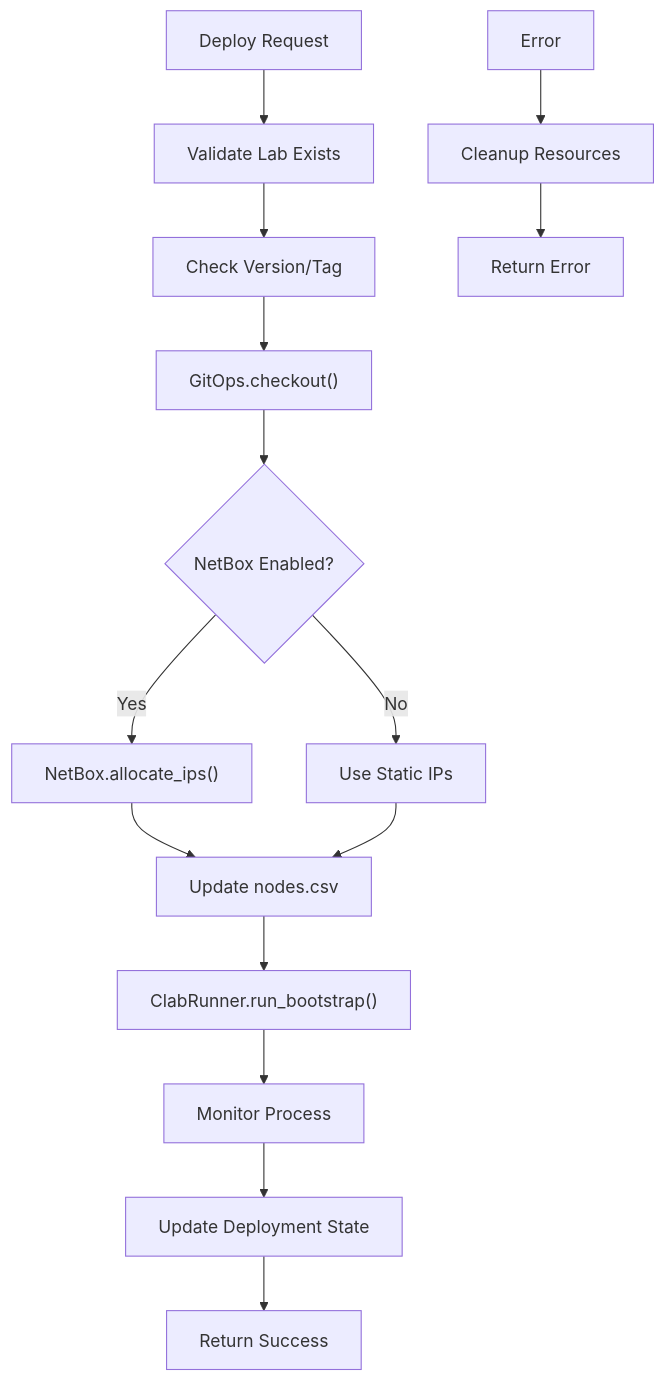
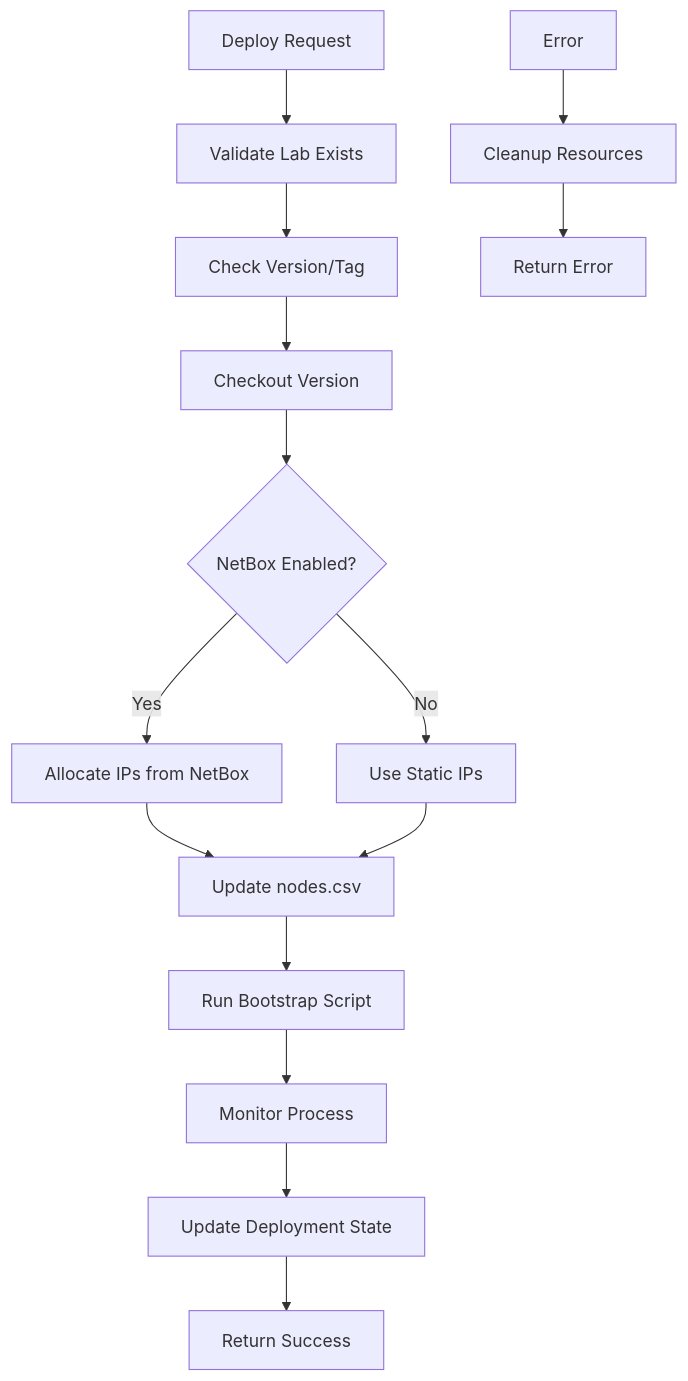
One commit to marccolburn/homelab_manager changed the eighth of 10 diagrams in docs/project_architecture.md. Above: the diagram before and after it, drawn with Mermaid. The commit also changed other lines of this file, not shown here.

Commit message:
Fix mermaid diagrams by removing method notation
- Replace GitOps.clone() with 'Clone Repository'
- Replace GitOps.pull() with 'Pull Latest Changes'
- Replace NetBox.allocate_ips() with 'Allocate IPs from NetBox'
- Replace ClabRunner.run_bootstrap() with 'Run Bootstrap Script'
- Removes dots and parentheses that cause GitHub mermaid parser errors

````diff
--- a/docs/project_architecture.md
+++ b/docs/project_architecture.md
@@ -252,18 +252,18 @@
 ```mermaid
 graph TD
     A[Deploy Request] --> B[Validate Lab Exists]
     B --> C[Check Version/Tag]
-    C --> D["GitOps.checkout()"]
+    C --> D[Checkout Version]
     D --> E{NetBox Enabled?}
-    E -->|Yes| F["NetBox.allocate_ips()"]
+    E -->|Yes| F[Allocate IPs from NetBox]
     E -->|No| G[Use Static IPs]
     F --> H[Update nodes.csv]
     G --> H
-    H --> I["ClabRunner.run_bootstrap()"]
+    H --> I[Run Bootstrap Script]
     I --> J[Monitor Process]
     J --> K[Update Deployment State]
     K --> L[Return Success]
     
     M[Error] --> N[Cleanup Resources]
     N --> O[Return Error]
 ```
````
